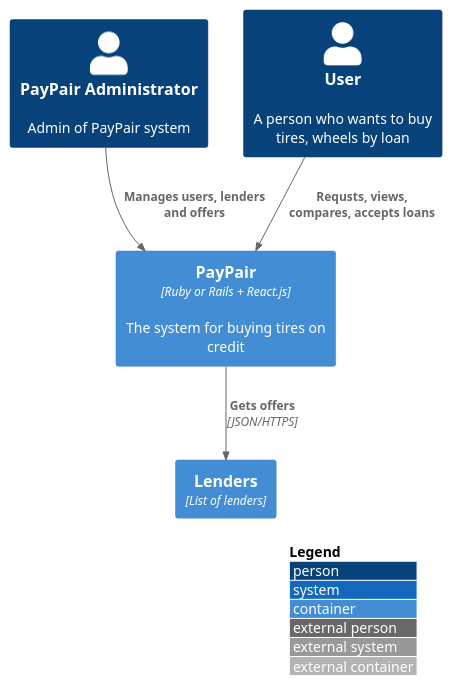
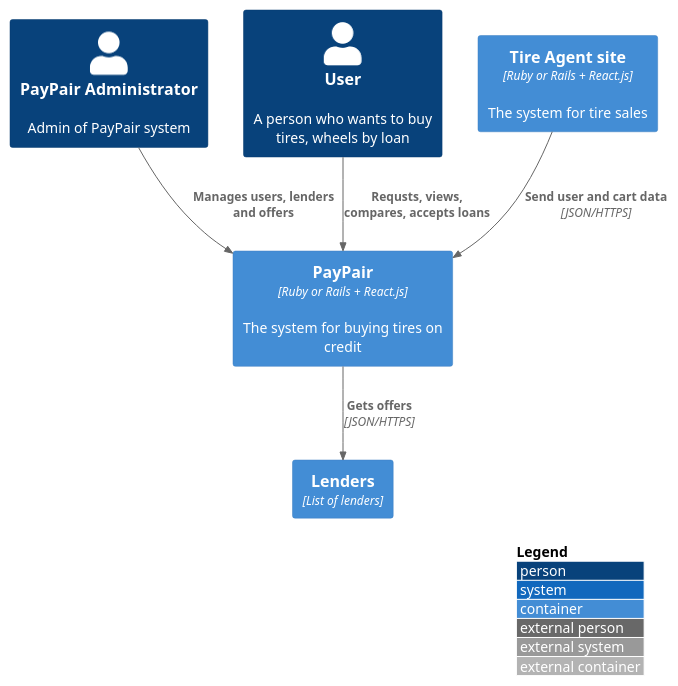
Before and after one commit to artsiomivanets/docs: the diagram in src/1.3 Diagrams for PayPair/1.3.1 Context Diagram/context.puml, drawn with PlantUML. The commit also changed other lines of this file and 39 other files, not shown here.

```diff
--- a/src/1.3 Diagrams for PayPair/1.3.1 Context Diagram/context.puml
+++ b/src/1.3 Diagrams for PayPair/1.3.1 Context Diagram/context.puml
@@ -1,18 +1,19 @@
 @startuml
 !include https://raw.githubusercontent.com/adrianvlupu/C4-PlantUML/latest/C4_Container.puml
 
 LAYOUT_WITH_LEGEND()
 
 Person(pp_admin, "PayPair Administrator", "Admin of PayPair system")
 Person(pp_user, "User", "A person who wants to buy tires, wheels by loan")
 
 Container(pp_system, "PayPair", "Ruby or Rails + React.js", "The system for buying tires on credit")
-
+Container(ta, "Tire Agent site", "Ruby or Rails + React.js", "The system for tire sales")
 
 Container(lenders, "Lenders", "List of lenders")
 
+Rel(ta, pp_system, "Send user and cart data", "JSON/HTTPS")
 Rel(pp_user, pp_system, "Requsts, views, compares, accepts loans")
 Rel(pp_admin, pp_system, "Manages users, lenders and offers")
 Rel(pp_system, lenders, "Gets offers", "JSON/HTTPS")
 
 @enduml
```
